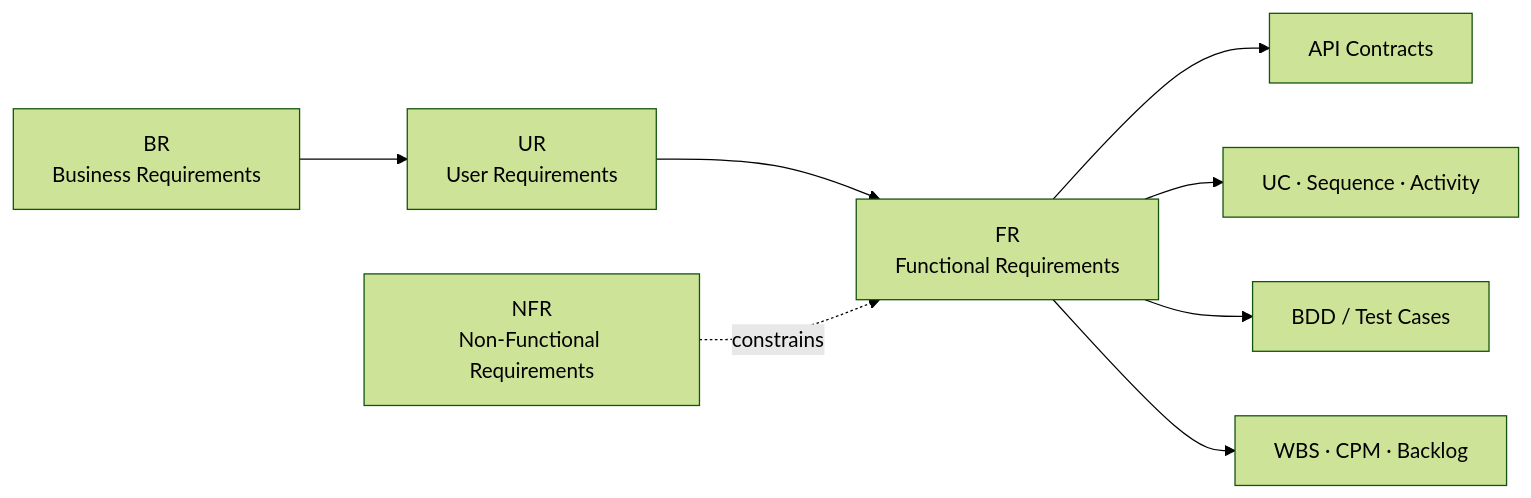
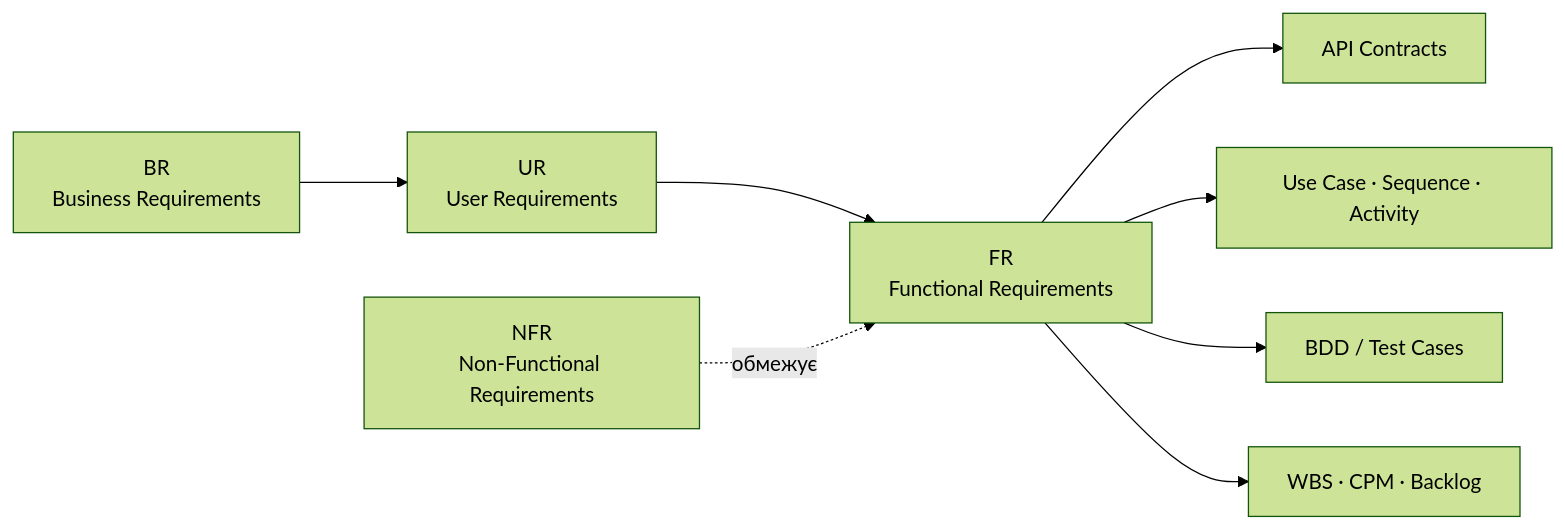
The second of 3 diagrams in docs/proposal.md (Vlad8800/F2-diploma-project), drawn with Mermaid (forest theme) before and after one commit. The commit also changed other lines of this file, not shown here.

````diff
--- a/docs/proposal.md
+++ b/docs/proposal.md
@@ -120,10 +109,10 @@
 ```mermaid
 flowchart LR
     BR["BR<br/>Business Requirements"] --> UR["UR<br/>User Requirements"]
     UR --> FR["FR<br/>Functional Requirements"]
-    NFR["NFR<br/>Non-Functional Requirements"] -. constrains .-> FR
+    NFR["NFR<br/>Non-Functional Requirements"] -. обмежує .-> FR
     FR --> API["API Contracts"]
-    FR --> DIA["UC · Sequence · Activity"]
+    FR --> DIA["Use Case · Sequence · Activity"]
     FR --> QA["BDD / Test Cases"]
     FR --> WBS["WBS · CPM · Backlog"]
 ```
````
